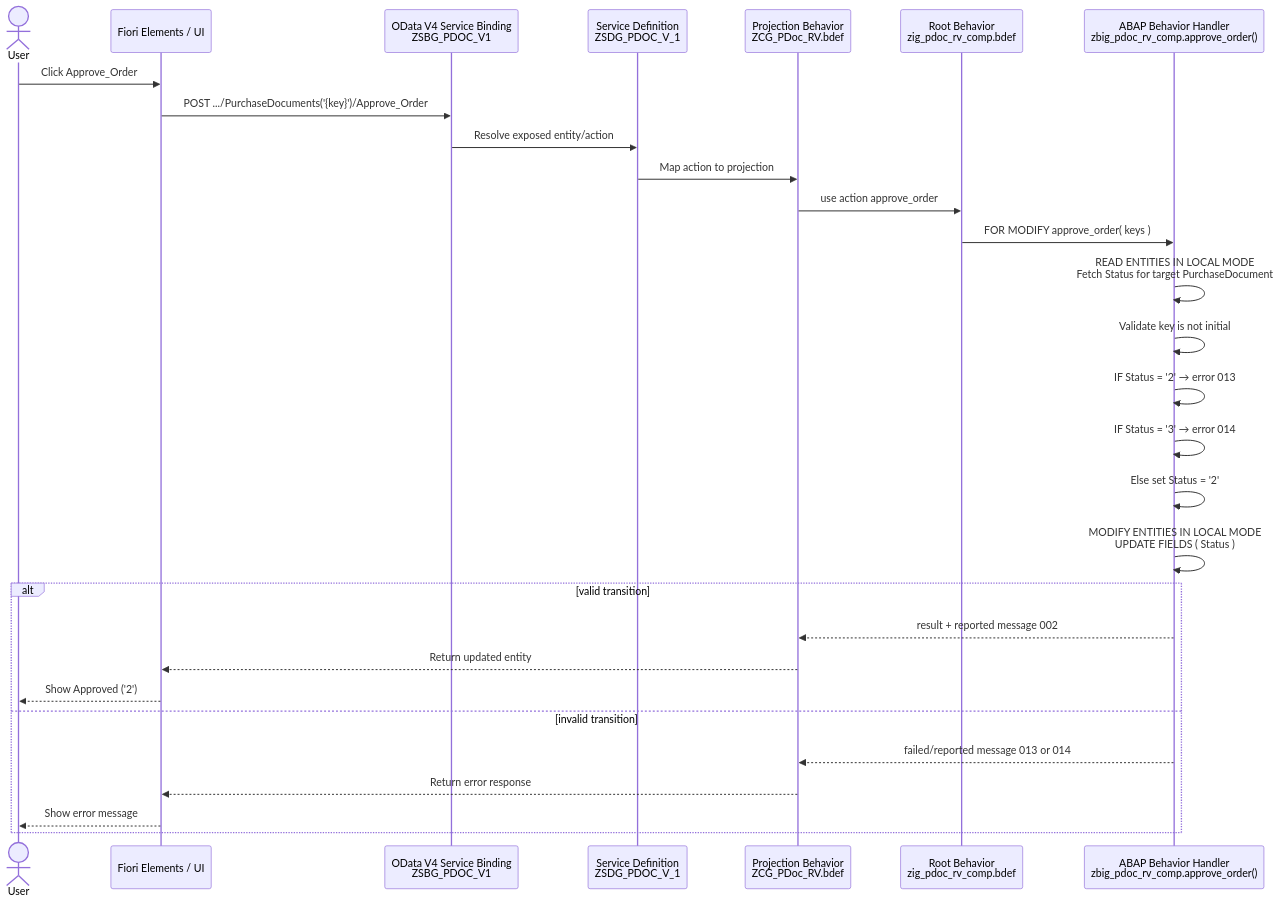
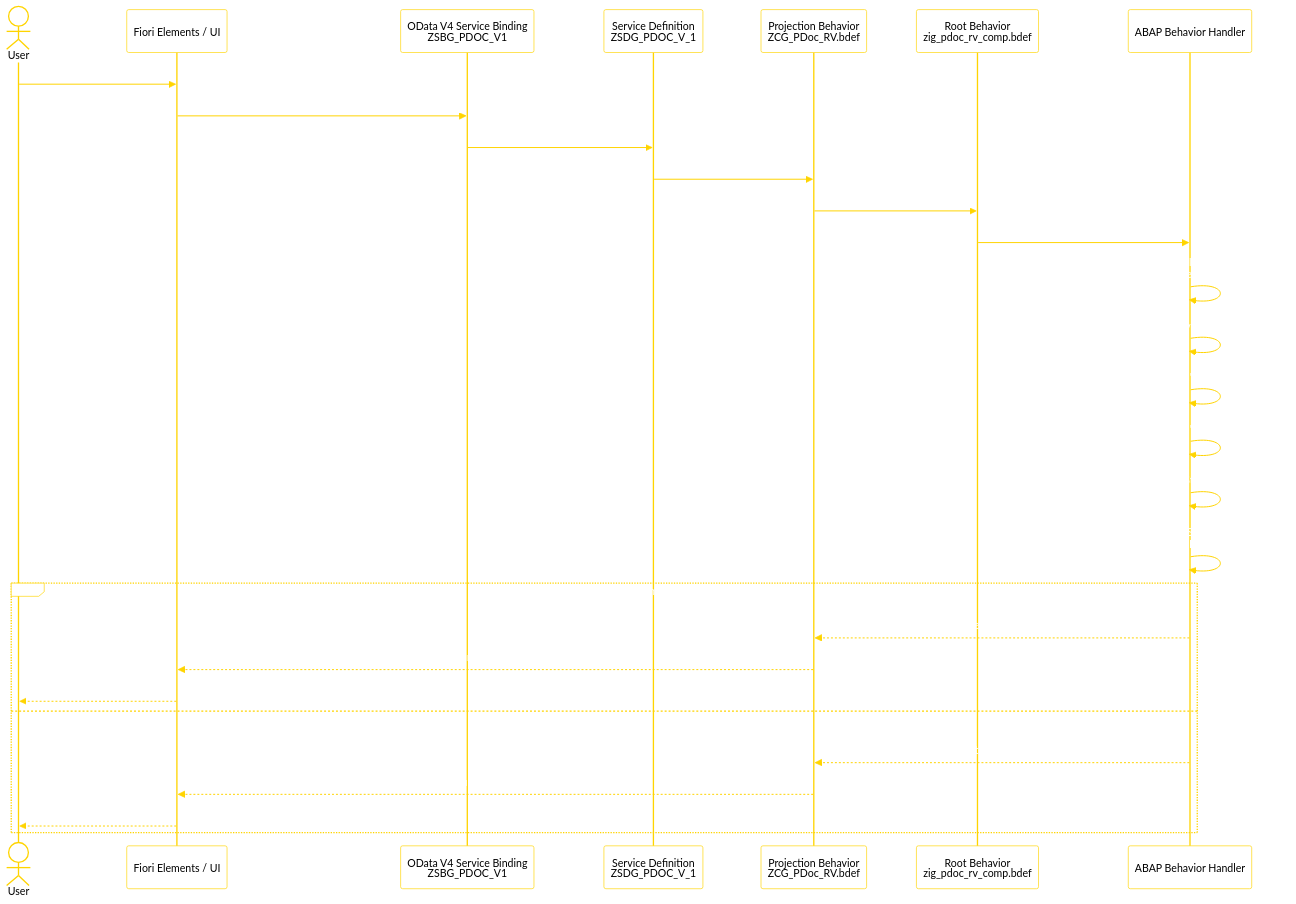
One commit to gfcarlson/rap_1_store changed the first of 6 diagrams in Approve_Order.md. Above: the diagram before and after it, drawn with Mermaid. The commit also changed other lines of this file and 2 other files, not shown here.

````diff
--- a/Approve_Order.md
+++ b/Approve_Order.md
@@ -67,34 +67,35 @@
 ```mermaid
+%%{init: {"theme": "base", "themeVariables": {"background": "transparent", "fontFamily": "ui-sans-serif, system-ui, -apple-system, Segoe UI, sans-serif", "primaryColor": "#ffffff", "primaryTextColor": "#000000", "primaryBorderColor": "#ffd400", "lineColor": "#ffd400", "signalColor": "#ffd400", "secondaryColor": "#ffffff", "secondaryTextColor": "#000000", "secondaryBorderColor": "#ffd400", "actorBkg": "#ffffff", "actorTextColor": "#000000", "actorBorderColor": "#ffd400", "noteBkgColor": "#ffffff", "noteTextColor": "#ffffff", "noteBorderColor": "#ffd400", "clusterBkg": "#ffffff", "clusterBorderColor": "#ffd400", "textColor": "#ffffff", "labelTextColor": "#ffffff", "messageTextColor": "#ffffff", "messageFontColor": "#ffffff", "altTextColor": "#ffffff", "loopTextColor": "#ffffff", "activationTextColor": "#ffffff"}}}%%
 sequenceDiagram
     actor User
     participant Fiori as Fiori Elements / UI
     participant OData as OData V4 Service Binding<br/>ZSBG_PDOC_V1
     participant SRVD as Service Definition<br/>ZSDG_PDOC_V_1
     participant PROJ as Projection Behavior<br/>ZCG_PDoc_RV.bdef
     participant ROOT as Root Behavior<br/>zig_pdoc_rv_comp.bdef
-    participant HANDLER as ABAP Behavior Handler<br/>zbig_pdoc_rv_comp.approve_order()
+    participant HANDLER as ABAP Behavior Handler
 
     User->>Fiori: Click Approve_Order
     Fiori->>OData: POST .../PurchaseDocuments('{key}')/Approve_Order
     OData->>SRVD: Resolve exposed entity/action
     SRVD->>PROJ: Map action to projection
     PROJ->>ROOT: use action approve_order
     ROOT->>HANDLER: FOR MODIFY approve_order( keys )
 
     HANDLER->>HANDLER: READ ENTITIES IN LOCAL MODE<br/>Fetch Status for target PurchaseDocument
     HANDLER->>HANDLER: Validate key is not initial
     HANDLER->>HANDLER: IF Status = '2' → error 013
     HANDLER->>HANDLER: IF Status = '3' → error 014
     HANDLER->>HANDLER: Else set Status = '2'
     HANDLER->>HANDLER: MODIFY ENTITIES IN LOCAL MODE<br/>UPDATE FIELDS ( Status )
 
     alt valid transition
         HANDLER-->>PROJ: result + reported message 002
         PROJ-->>Fiori: Return updated entity
-        Fiori-->>User: Show Approved ('2')
+        Fiori-->>User: Show Approved status 2
     else invalid transition
         HANDLER-->>PROJ: failed/reported message 013 or 014
         PROJ-->>Fiori: Return error response
         Fiori-->>User: Show error message
     end
 ```
````
